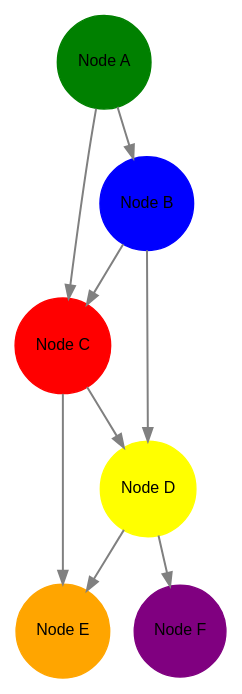
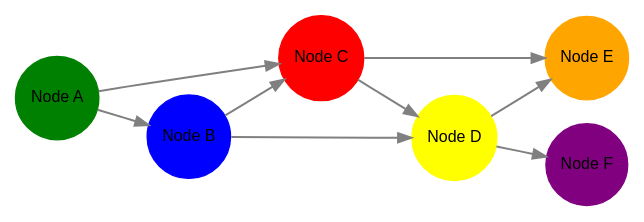
Before and after one commit to KKrampis/Bioinform-Geometric-ML-Paper: the second of 2 diagrams in GeoDeepLearnBio.adoc, drawn with Graphviz. The commit also changed other lines of this file and 1 other file, not shown here.

Commit message:
updated Fig2, need legend

```diff
--- a/GeoDeepLearnBio.adoc
+++ b/GeoDeepLearnBio.adoc
@@ -286,23 +291,25 @@
-[graphviz, target=Fig2a, format=svg]
+[graphviz, target=Fig2b, format=svg]
 ....
 digraph directedgraph {
-  node [shape=circle, style=filled, color=lightblue, fontname=Arial, fontsize=12];
+
+  rankdir=LR;  
+  node [shape=circle, style=filled, color=lightblue, fontname=Arial, fontsize=12, width=0.7, height=0.7];
   edge [color=gray, penwidth=1.5];
 
   A [label="Node A", color=green];
   B [label="Node B", color=blue];
   C [label="Node C", color=red];
   D [label="Node D", color=yellow];
   E [label="Node E", color=orange];
   F [label="Node F", color=purple];
 
   A -> B;
   A -> C;
   B -> C;
   B -> D;
   C -> D;
   C -> E;
   D -> E;
   D -> F;
 }
 ....
```
